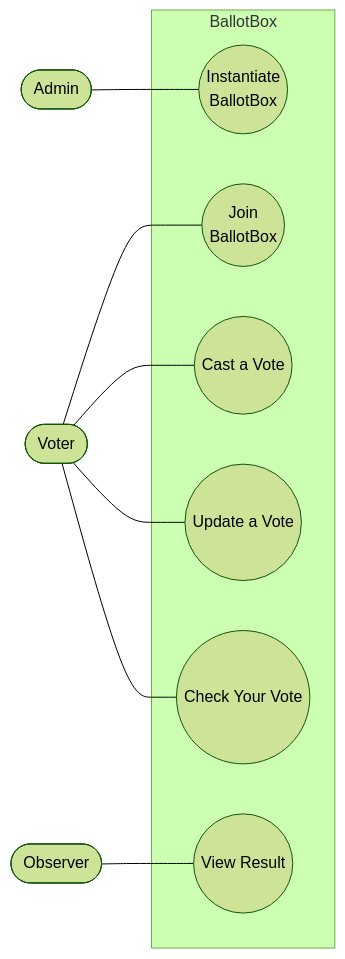
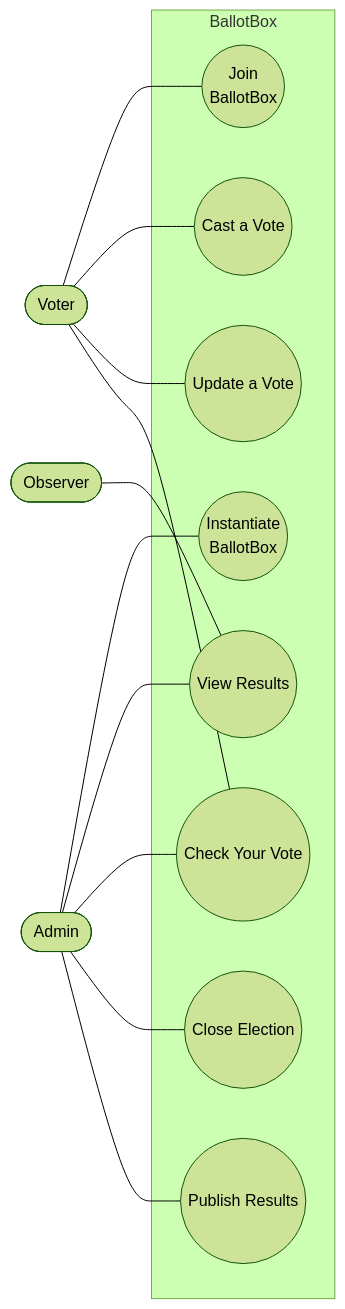
Before and after one commit to JediNakDev/ballotbox: the first of 11 diagrams in README.md, drawn with Mermaid (forest theme). The commit also changed other lines of this file and 7 other files, not shown here.

````diff
--- a/README.md
+++ b/README.md
@@ -27,22 +32,28 @@
 ```mermaid
 flowchart LR
     Admin([Admin])
     Voter([Voter])
     Observer([Observer])
 
     subgraph BB["BallotBox"]
         UC1((Instantiate<br/>BallotBox))
         UC2((Join<br/>BallotBox))
         UC3((Cast a Vote))
         UC4((Update a Vote))
-        UC5((View Result))
+        UC5((View Results))
         UC6((Check Your Vote))
+        UC7((Close Election))
+        UC8((Publish Results))
     end
 
     Admin --- UC1
+    Admin --- UC5
+    Admin --- UC6
+    Admin --- UC7
+    Admin --- UC8
     Voter --- UC2
     Voter --- UC3
     Voter --- UC4
     Voter --- UC6
     Observer --- UC5
 ```
````
